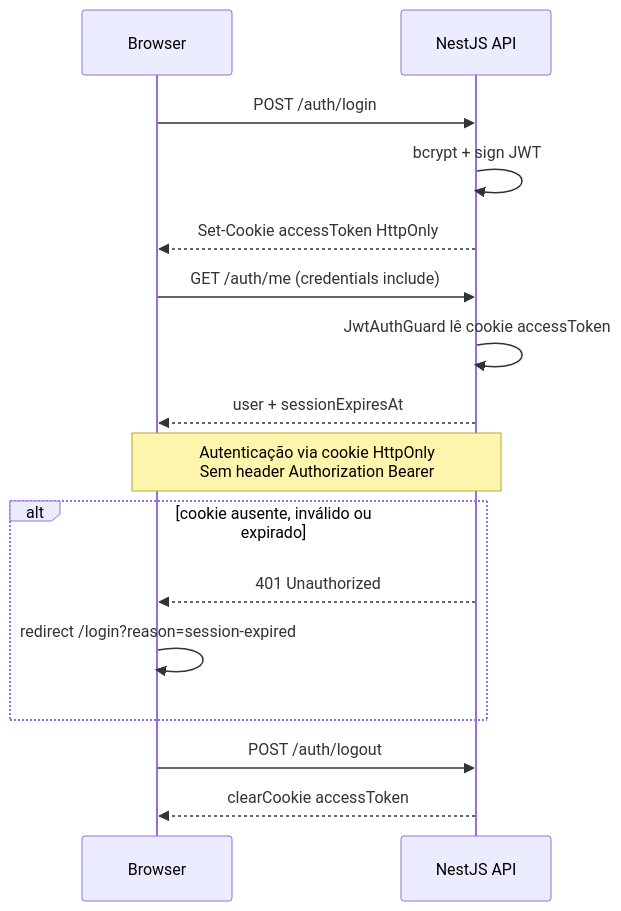
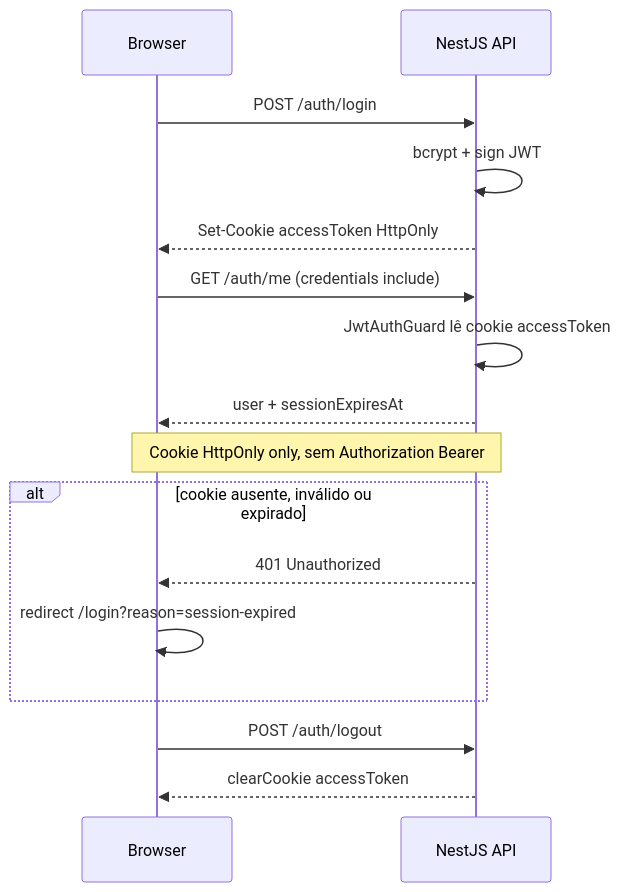
The second of 4 diagrams in docs/architecture.md (AdleyRodrigues/financial-wallet-challenge), drawn with Mermaid before and after one commit. The commit also changed other lines of this file and 3 other files, not shown here.

````diff
--- a/docs/architecture.md
+++ b/docs/architecture.md
@@ -46,23 +46,23 @@
 ```mermaid
 sequenceDiagram
   participant Browser
   participant API as NestJS API
 
   Browser->>API: POST /auth/login
   API->>API: bcrypt + sign JWT
   API-->>Browser: Set-Cookie accessToken HttpOnly
 
   Browser->>API: GET /auth/me (credentials include)
   API->>API: JwtAuthGuard lê cookie accessToken
   API-->>Browser: user + sessionExpiresAt
 
-  Note over Browser,API: Autenticação via cookie HttpOnly<br/>Sem header Authorization Bearer
+  Note over Browser,API: Cookie HttpOnly only, sem Authorization Bearer
 
   alt cookie ausente, inválido ou expirado
     API-->>Browser: 401 Unauthorized
     Browser->>Browser: redirect /login?reason=session-expired
   end
 
   Browser->>API: POST /auth/logout
   API-->>Browser: clearCookie accessToken
 ```
````
